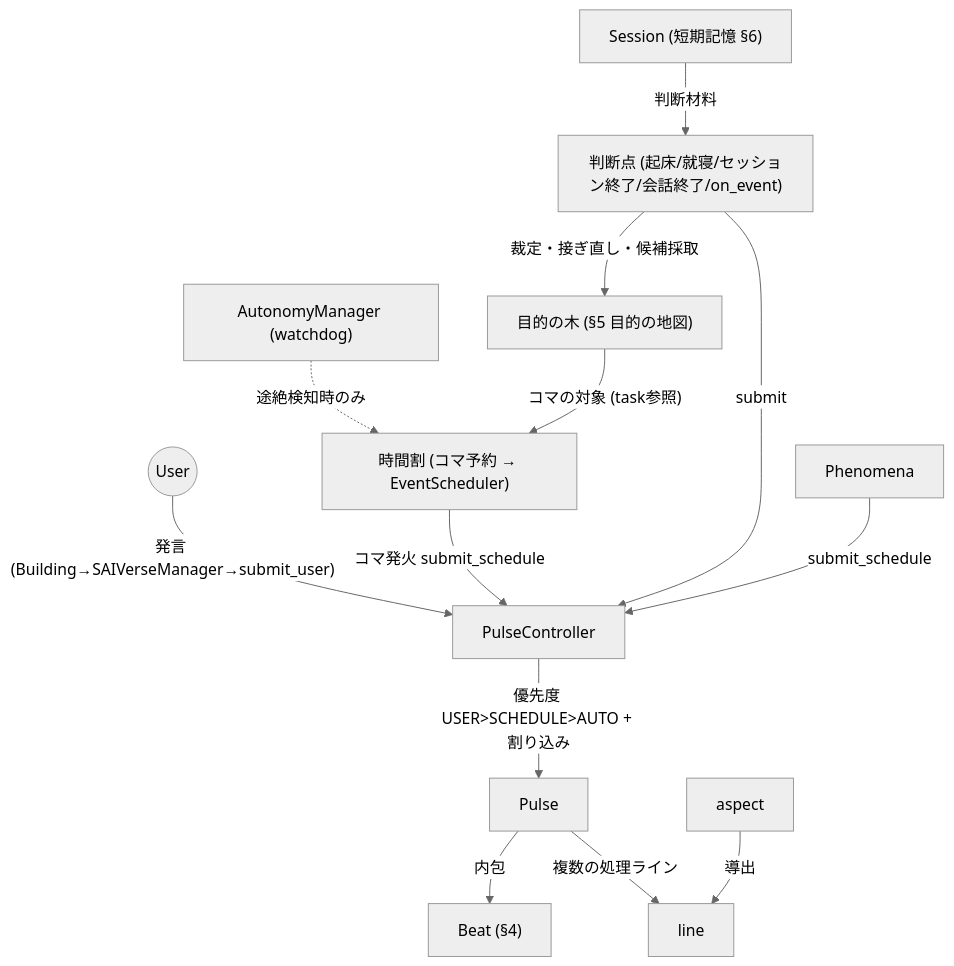
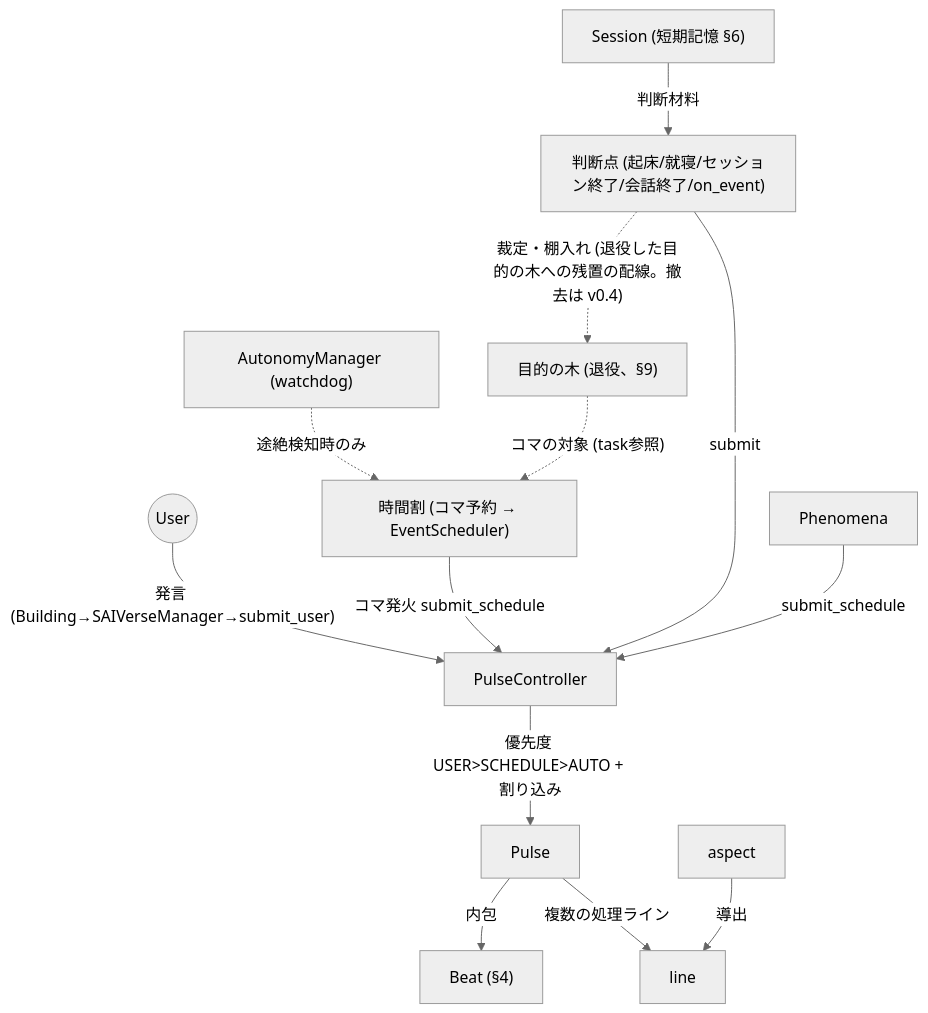
The third of 7 diagrams in docs/overview/landscape.md (maha0525/SAIVerse), drawn with Mermaid (neutral theme) before and after one commit. The commit also changed other lines of this file and 19 other files, not shown here.

````diff
--- a/docs/overview/landscape.md
+++ b/docs/overview/landscape.md
@@ -174,15 +173,15 @@
 ```mermaid
 graph TD
     User((User)) -->|"発言 (Building→SAIVerseManager→submit_user)"| PulseController
     DayPlan["時間割 (コマ予約 → EventScheduler)"] -->|コマ発火 submit_schedule| PulseController
     JudgmentPoints["判断点 (起床/就寝/セッション終了/会話終了/on_event)"] -->|submit| PulseController
     Watchdog["AutonomyManager (watchdog)"] -.->|途絶検知時のみ| DayPlan
     Phenomena -->|submit_schedule| PulseController
     Session["Session (短期記憶 §6)"] -->|判断材料| JudgmentPoints
-    JudgmentPoints -->|"裁定・接ぎ直し・候補採取"| PurposeTree["目的の木 (§5 目的の地図)"]
-    PurposeTree -->|"コマの対象 (task参照)"| DayPlan
+    JudgmentPoints -.->|"裁定・棚入れ (退役した目的の木への残置の配線。撤去は v0.4)"| PurposeTree["目的の木 (退役、§9)"]
+    PurposeTree -.->|"コマの対象 (task参照)"| DayPlan
     PulseController -->|"優先度 USER>SCHEDULE>AUTO + 割り込み"| Pulse
     Pulse -->|内包| Beat["Beat (§4)"]
     Pulse -->|複数の処理ライン| line
     aspect -->|導出| line
 ```
````
